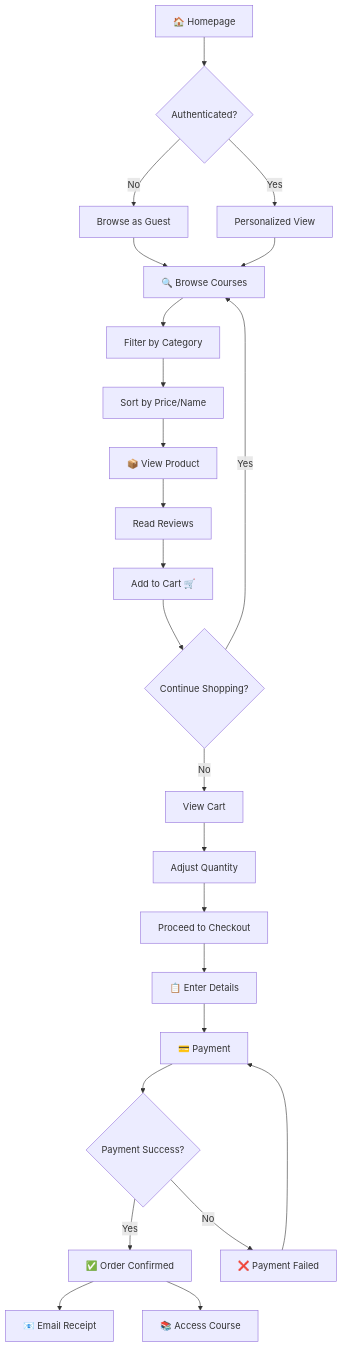
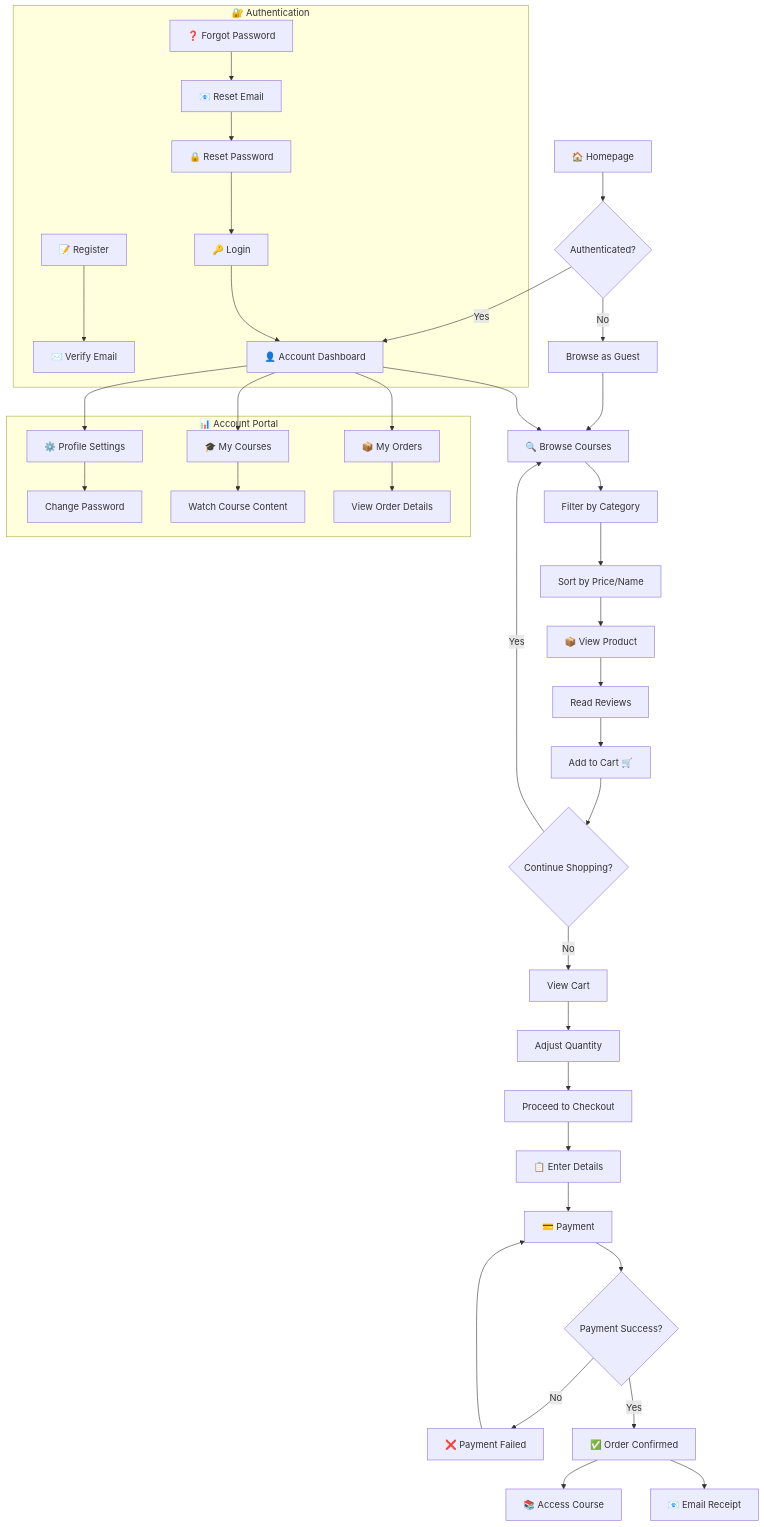
The third of 3 diagrams in README.md (nordeim/LArtisan-Baking-Atelier), drawn with Mermaid before and after one commit. The commit also changed other lines of this file and 4 other files, not shown here.

````diff
--- a/README.md
+++ b/README.md
@@ -299,26 +333,44 @@
 ```mermaid
 flowchart TD
     A[🏠 Homepage] --> B{Authenticated?}
     B -->|No| C[Browse as Guest]
-    B -->|Yes| D[Personalized View]
+    B -->|Yes| D[👤 Account Dashboard]
     C --> E[🔍 Browse Courses]
     D --> E
-    E --> F[Filter by Category]
-    F --> G[Sort by Price/Name]
-    G --> H[📦 View Product]
-    H --> I[Read Reviews]
-    I --> J[Add to Cart 🛒]
-    J --> K{Continue Shopping?}
-    K -->|Yes| E
-    K -->|No| L[View Cart]
-    L --> M[Adjust Quantity]
-    M --> N[Proceed to Checkout]
-    N --> O[📋 Enter Details]
-    O --> P[💳 Payment]
-    P --> Q{Payment Success?}
-    Q -->|Yes| R[✅ Order Confirmed]
-    Q -->|No| S[❌ Payment Failed]
-    S --> P
-    R --> T[📧 Email Receipt]
-    R --> U[📚 Access Course]
+    
+    subgraph "🔐 Authentication"
+        F[📝 Register] --> G[✉️ Verify Email]
+        H[🔑 Login] --> D
+        I[❓ Forgot Password] --> J[📧 Reset Email]
+        J --> K[🔒 Reset Password]
+        K --> H
+    end
+    
+    E --> L[Filter by Category]
+    L --> M[Sort by Price/Name]
+    M --> N[📦 View Product]
+    N --> O[Read Reviews]
+    O --> P[Add to Cart 🛒]
+    P --> Q{Continue Shopping?}
+    Q -->|Yes| E
+    Q -->|No| R[View Cart]
+    R --> S[Adjust Quantity]
+    S --> T[Proceed to Checkout]
+    T --> U[📋 Enter Details]
+    U --> V[💳 Payment]
+    V --> W{Payment Success?}
+    W -->|Yes| X[✅ Order Confirmed]
+    W -->|No| Y[❌ Payment Failed]
+    Y --> V
+    X --> Z[📧 Email Receipt]
+    X --> AA[📚 Access Course]
+    
+    subgraph "📊 Account Portal"
+        D --> AB[📦 My Orders]
+        D --> AC[🎓 My Courses]
+        D --> AD[⚙️ Profile Settings]
+        AB --> AE[View Order Details]
+        AC --> AF[Watch Course Content]
+        AD --> AG[Change Password]
+    end
 ```
````
